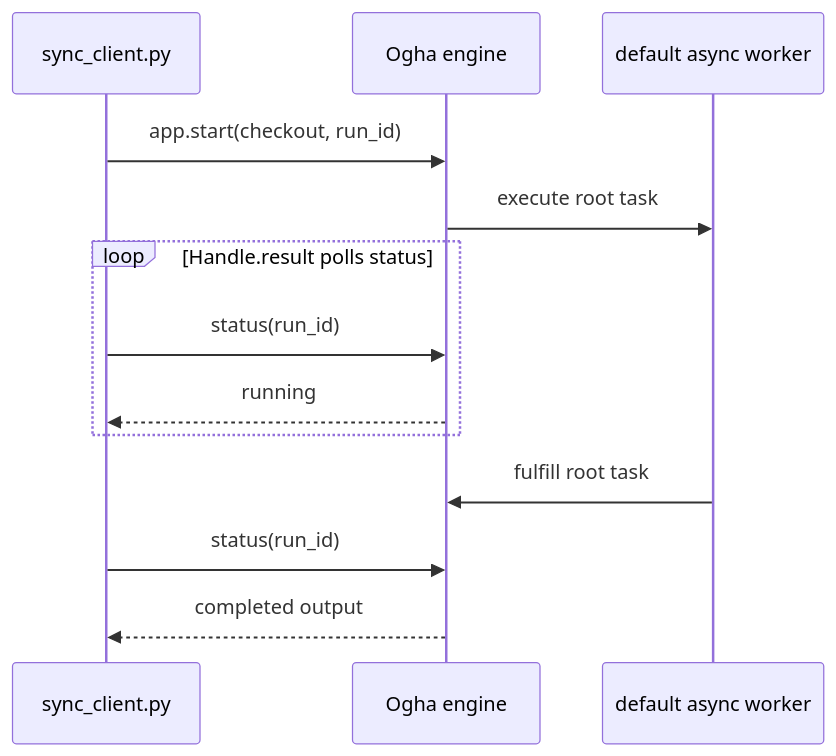
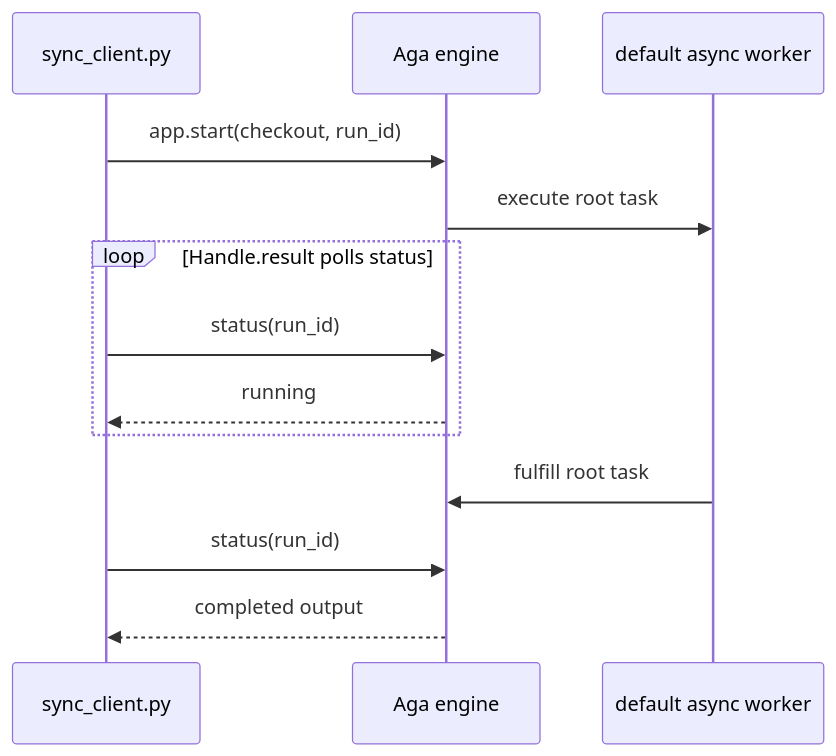
The second of 2 diagrams in docs/quickstart.md (vedhlabs/sdk-examples), drawn with Mermaid before and after one commit. The commit also changed other lines of this file and 35 other files, not shown here.

````diff
--- a/docs/quickstart.md
+++ b/docs/quickstart.md
@@ -73,15 +73,15 @@
 ```mermaid
 sequenceDiagram
     participant C as sync_client.py
-    participant E as Ogha engine
+    participant E as Aga engine
     participant W as default async worker
     C->>E: app.start(checkout, run_id)
     E->>W: execute root task
     loop Handle.result polls status
         C->>E: status(run_id)
         E-->>C: running
     end
     W->>E: fulfill root task
     C->>E: status(run_id)
     E-->>C: completed output
 ```
````
